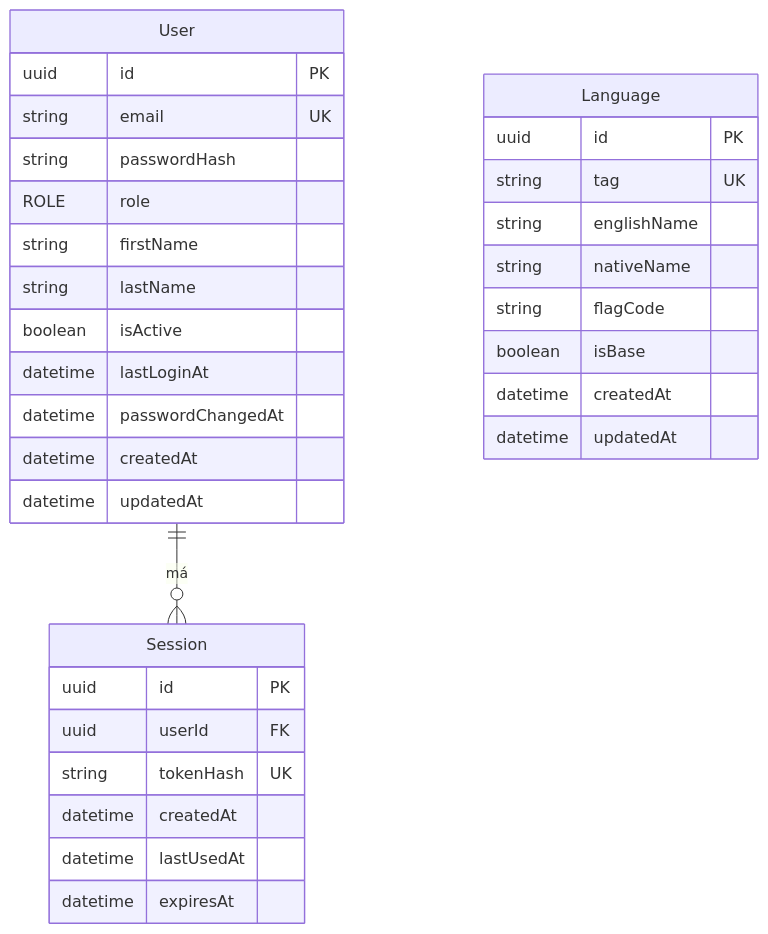
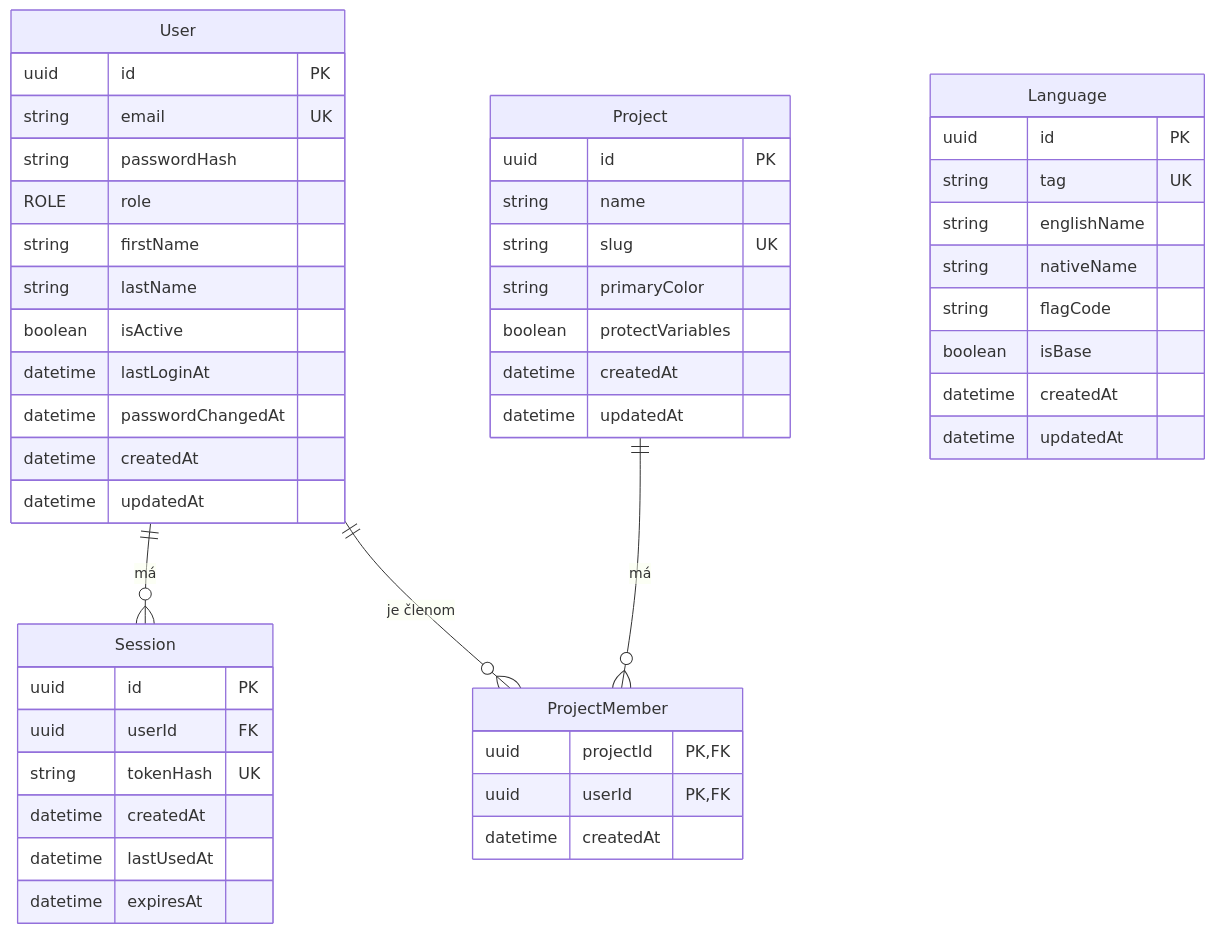
Before and after one commit to michal-bella/Locale-Admin: the diagram in docs/database.md, drawn with Mermaid. The commit also changed other lines of this file and 13 other files, not shown here.

````diff
--- a/docs/database.md
+++ b/docs/database.md
@@ -67,35 +94,51 @@
 ```mermaid
 erDiagram
     User ||--o{ Session : "má"
+    User ||--o{ ProjectMember : "je členom"
+    Project ||--o{ ProjectMember : "má"
     User {
         uuid id PK
         string email UK
         string passwordHash
         ROLE role
         string firstName
         string lastName
         boolean isActive
         datetime lastLoginAt
         datetime passwordChangedAt
         datetime createdAt
         datetime updatedAt
     }
     Session {
         uuid id PK
         uuid userId FK
         string tokenHash UK
         datetime createdAt
         datetime lastUsedAt
         datetime expiresAt
     }
     Language {
         uuid id PK
         string tag UK
         string englishName
         string nativeName
         string flagCode
         boolean isBase
         datetime createdAt
         datetime updatedAt
     }
+    Project {
+        uuid id PK
+        string name
+        string slug UK
+        string primaryColor
+        boolean protectVariables
+        datetime createdAt
+        datetime updatedAt
+    }
+    ProjectMember {
+        uuid projectId PK, FK
+        uuid userId PK, FK
+        datetime createdAt
+    }
 ```
````
